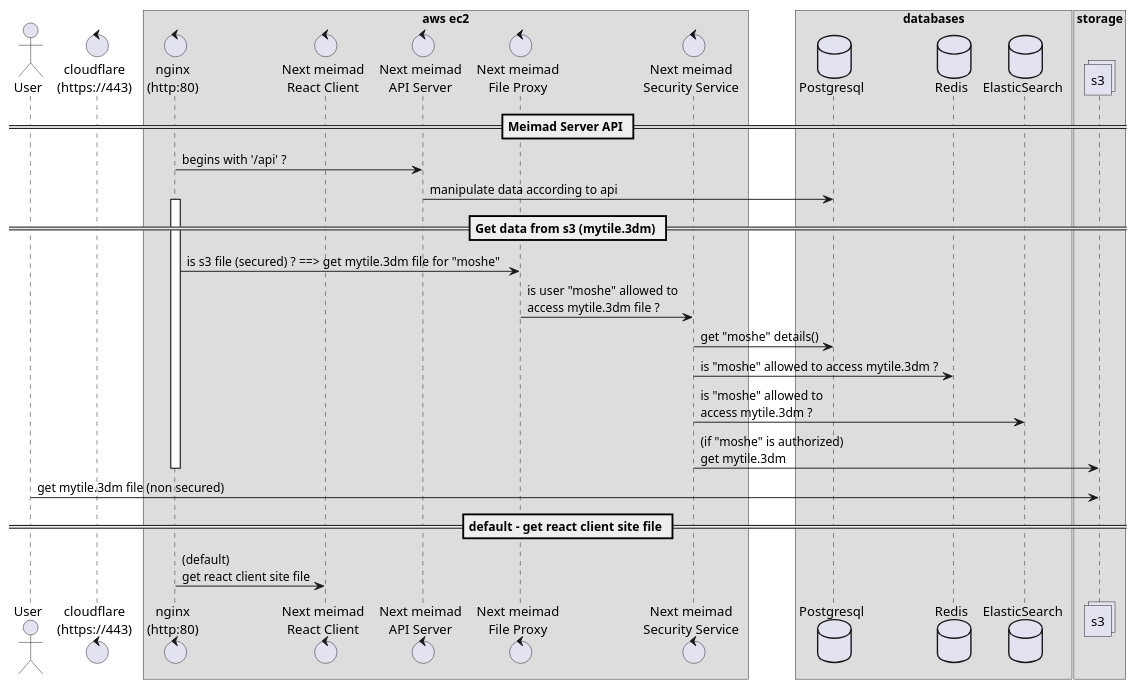
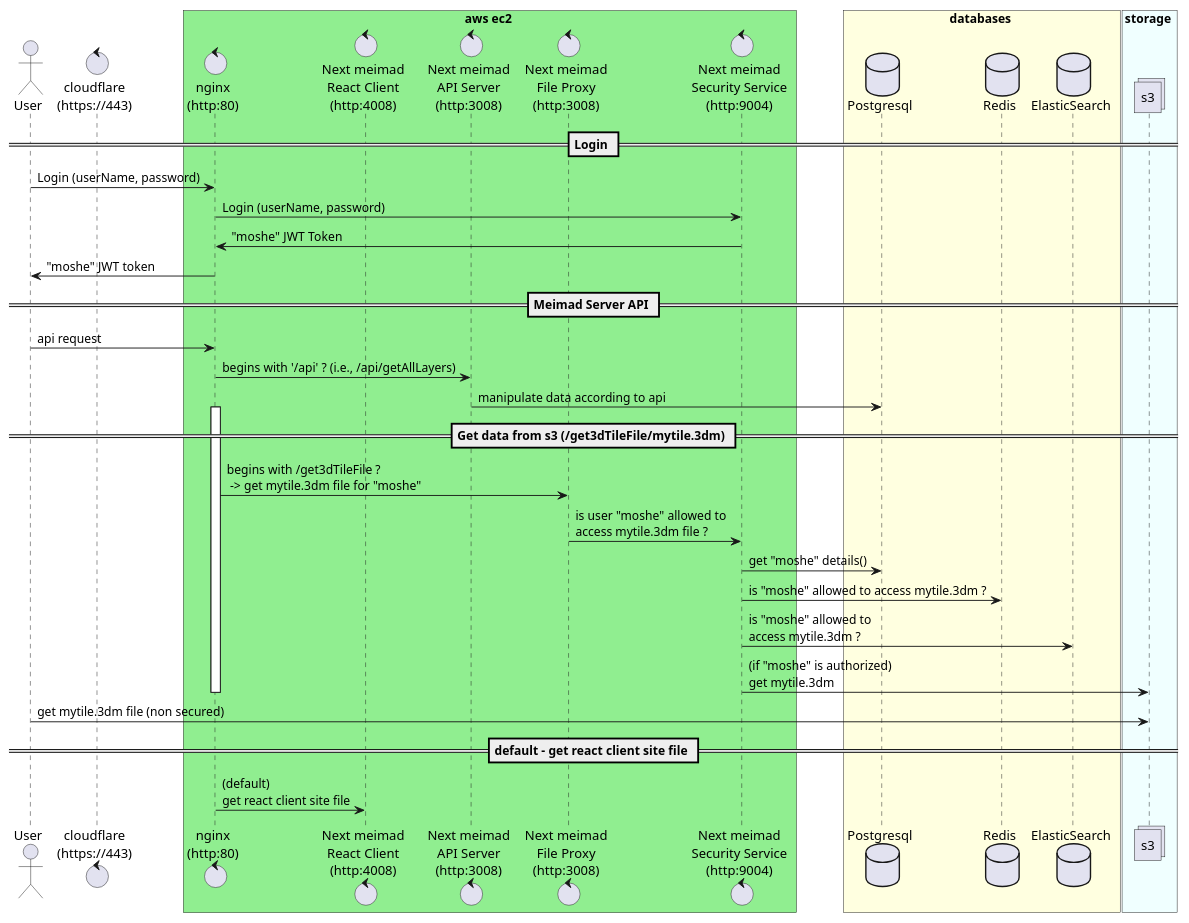
One commit to igiSimplex/Meimad2Builder changed the diagram in docs/aws-deployment.puml. Above: the diagram before and after it, drawn with PlantUML.

Commit message:
add ec2 s3 support.

```diff
--- a/docs/aws-deployment.puml
+++ b/docs/aws-deployment.puml
@@ -1,47 +1,54 @@
 @startuml
 
 actor "User" as user
 
 control "cloudflare\n(https://443)" as cloudflare
 
-box aws ec2
+box aws ec2 #lightgreen
 control "nginx\n(http:80)" as nginx
-control "Next meimad\nReact Client" as nextMeimadReactClient
-control "Next meimad\nAPI Server" as nextMeimadApiServer
-control "Next meimad\nFile Proxy" as nextMeimadFileProxy
-control "Next meimad\nSecurity Service" as nextMeimadSecurityService
+control "Next meimad\nReact Client\n(http:4008)" as nextMeimadReactClient
+control "Next meimad\nAPI Server\n(http:3008)" as nextMeimadApiServer
+control "Next meimad\nFile Proxy\n(http:3008)" as nextMeimadFileProxy
+control "Next meimad\nSecurity Service\n(http:9004)" as nextMeimadSecurityService
 end box
 
-box databases
+box databases #lightyellow
 database "Postgresql" as postgresql
 database "Redis" as redis
 database "ElasticSearch" as elasticSearch
 end box
 
-box storage
+box storage #azure
 collections s3 as s3
 end box
 
+== Login ==
+user -> nginx: Login (userName, password)
+nginx -> nextMeimadSecurityService: Login (userName, password)
+nextMeimadSecurityService -> nginx: "moshe" JWT Token
+nginx -> user: "moshe" JWT token
+
 == Meimad Server API ==
-nginx -> nextMeimadApiServer: begins with '/api' ?
+user -> nginx: api request
+nginx -> nextMeimadApiServer: begins with '/api' ? (i.e., /api/getAllLayers)
 nextMeimadApiServer -> postgresql: manipulate data according to api
 
 
-== Get data from s3 (mytile.3dm) ==
+== Get data from s3 (/get3dTileFile/mytile.3dm) ==
 
 activate nginx
-nginx -> nextMeimadFileProxy:  is s3 file (secured) ? ==> get mytile.3dm file for "moshe"
+nginx -> nextMeimadFileProxy:  begins with /get3dTileFile ?\n -> get mytile.3dm file for "moshe"
 nextMeimadFileProxy -> nextMeimadSecurityService: is user "moshe" allowed to\naccess mytile.3dm file ?
 
 nextMeimadSecurityService -> postgresql: get "moshe" details()
 nextMeimadSecurityService -> redis: is "moshe" allowed to access mytile.3dm ?
 nextMeimadSecurityService -> elasticSearch: is "moshe" allowed to\naccess mytile.3dm ?
 nextMeimadSecurityService -> s3: (if "moshe" is authorized)\nget mytile.3dm
 deactivate nginx
 
 user -> s3: get mytile.3dm file (non secured)
 
 == default - get react client site file ==
 nginx -> nextMeimadReactClient: (default)\nget react client site file
 
 @enduml
```
